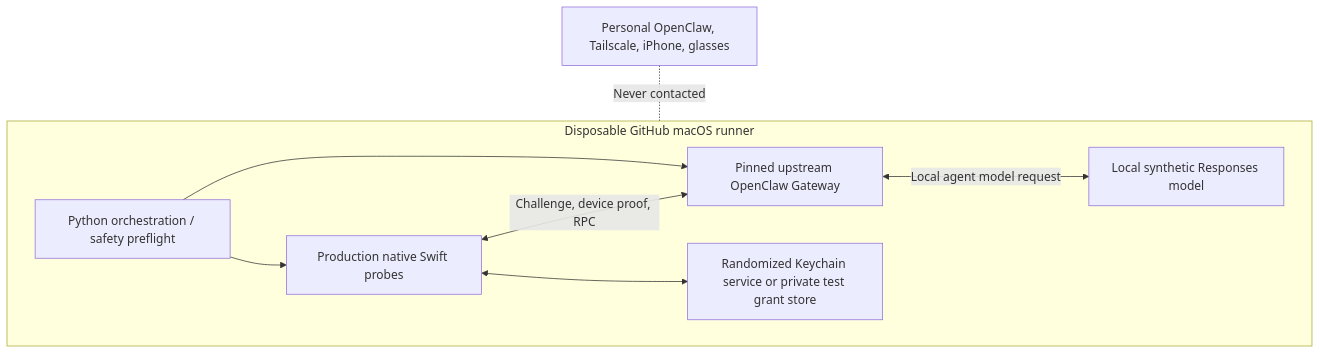
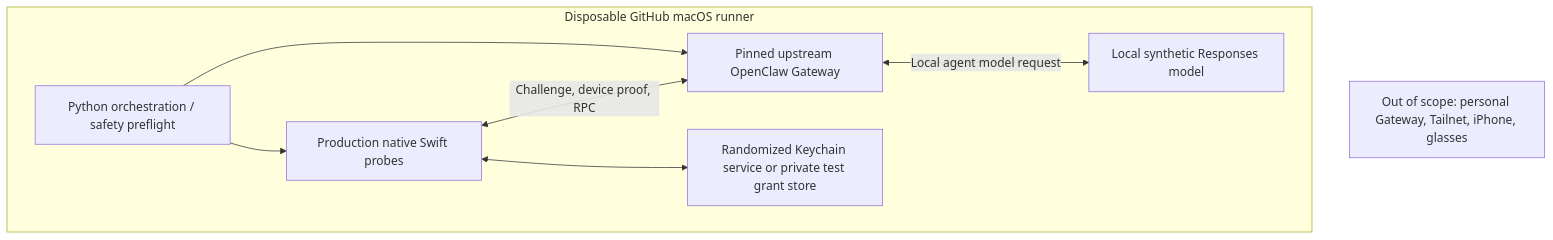
The diagram in docs/development-openclaw-gateway.md (JDeun/AgentWearLink), drawn with Mermaid before and after one commit.

Commit message:
docs: avoid invalid Mermaid edge implying access to personal deployment

````diff
--- a/docs/development-openclaw-gateway.md
+++ b/docs/development-openclaw-gateway.md
@@ -12,16 +12,16 @@
 ```mermaid
 flowchart TB
     subgraph CI["Disposable GitHub macOS runner"]
         P["Python orchestration / safety preflight"]
         G["Pinned upstream OpenClaw Gateway"]
         N["Production native Swift probes"]
         K["Randomized Keychain service or private test grant store"]
         L["Local synthetic Responses model"]
         P --> G
         P --> N
         N <-->|"Challenge, device proof, RPC"| G
         N <--> K
         G <-->|"Local agent model request"| L
     end
-    X["Personal OpenClaw, Tailscale, iPhone, glasses"] -. "Never contacted" .- CI
+    X["Out of scope: personal Gateway, Tailnet, iPhone, glasses"]
 ```
````
